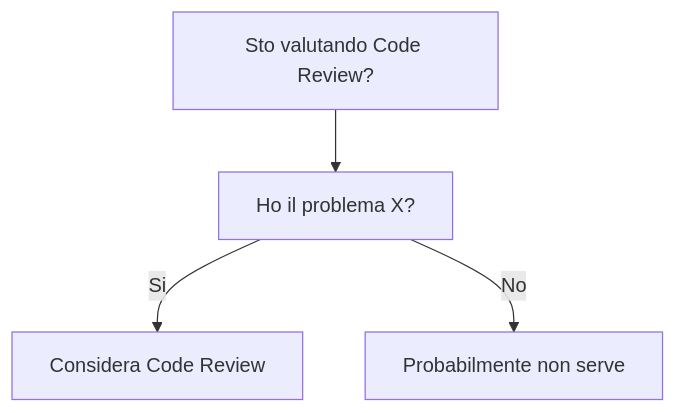
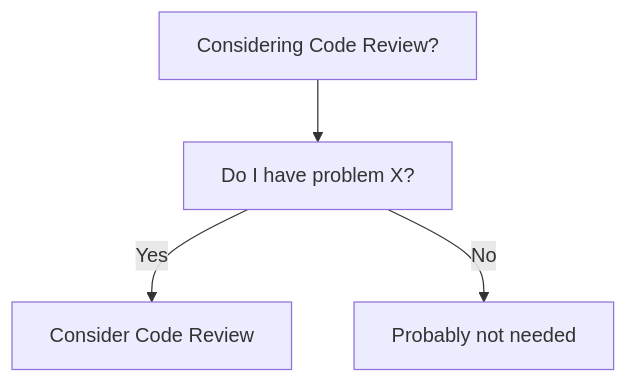
Before and after one commit to HxT9/Software-Dev-Wiki: the diagram in dev-wiki/25_Documentation/Code_Review/When_To_Use.md, drawn with Mermaid. The commit also changed other lines of this file and 3444 other files, not shown here.

````diff
--- a/dev-wiki/25_Documentation/Code_Review/When_To_Use.md
+++ b/dev-wiki/25_Documentation/Code_Review/When_To_Use.md
@@ -19,6 +19,6 @@
 ```mermaid
 flowchart TD
-  Q[Sto valutando Code Review?] --> Q1[Ho il problema X?]
-  Q1 -->|Si| OK[Considera Code Review]
-  Q1 -->|No| NO[Probabilmente non serve]
+  Q[Considering Code Review?] --> Q1[Do I have problem X?]
+  Q1 -->|Yes| OK[Consider Code Review]
+  Q1 -->|No| NO[Probably not needed]
 ```
````
